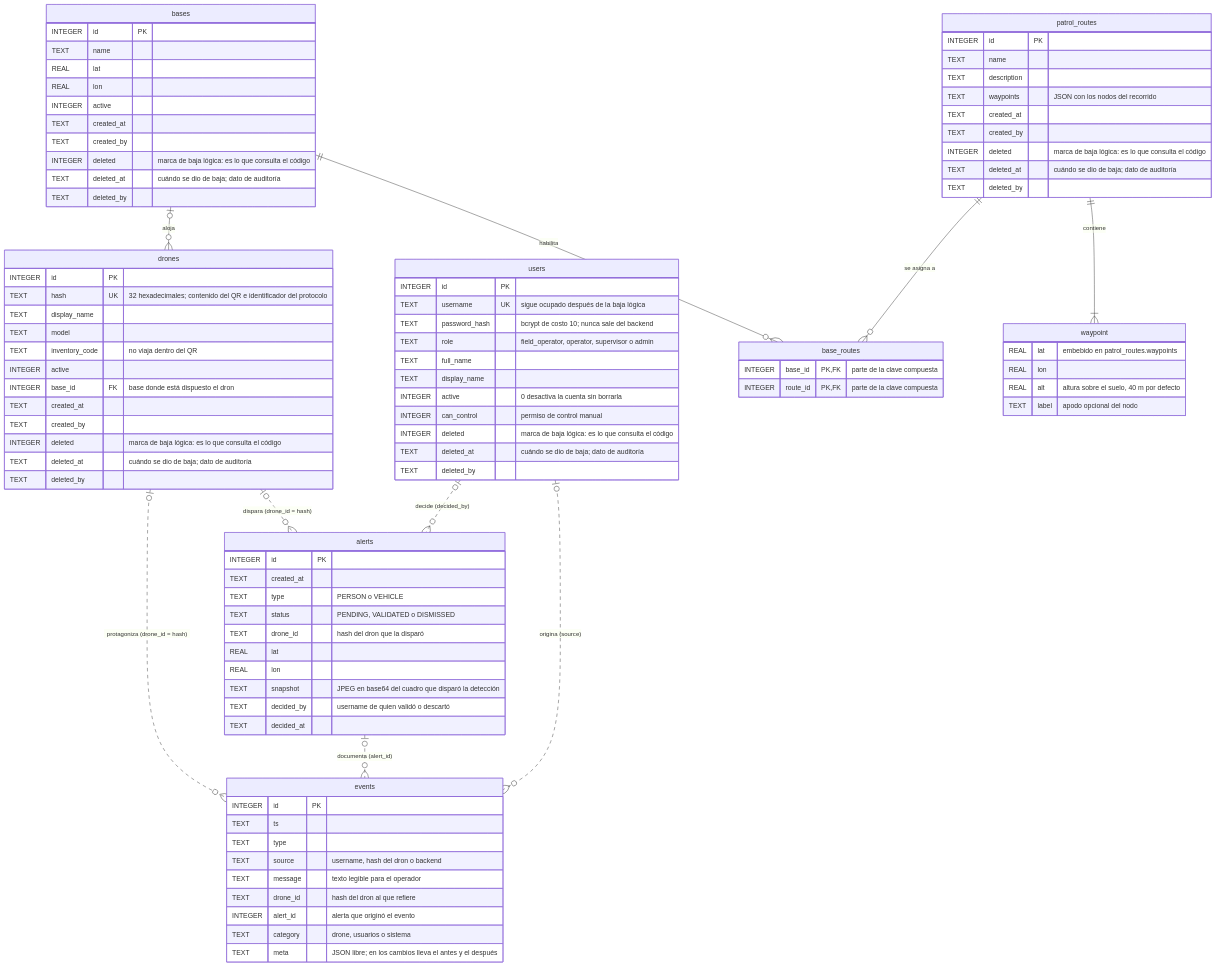
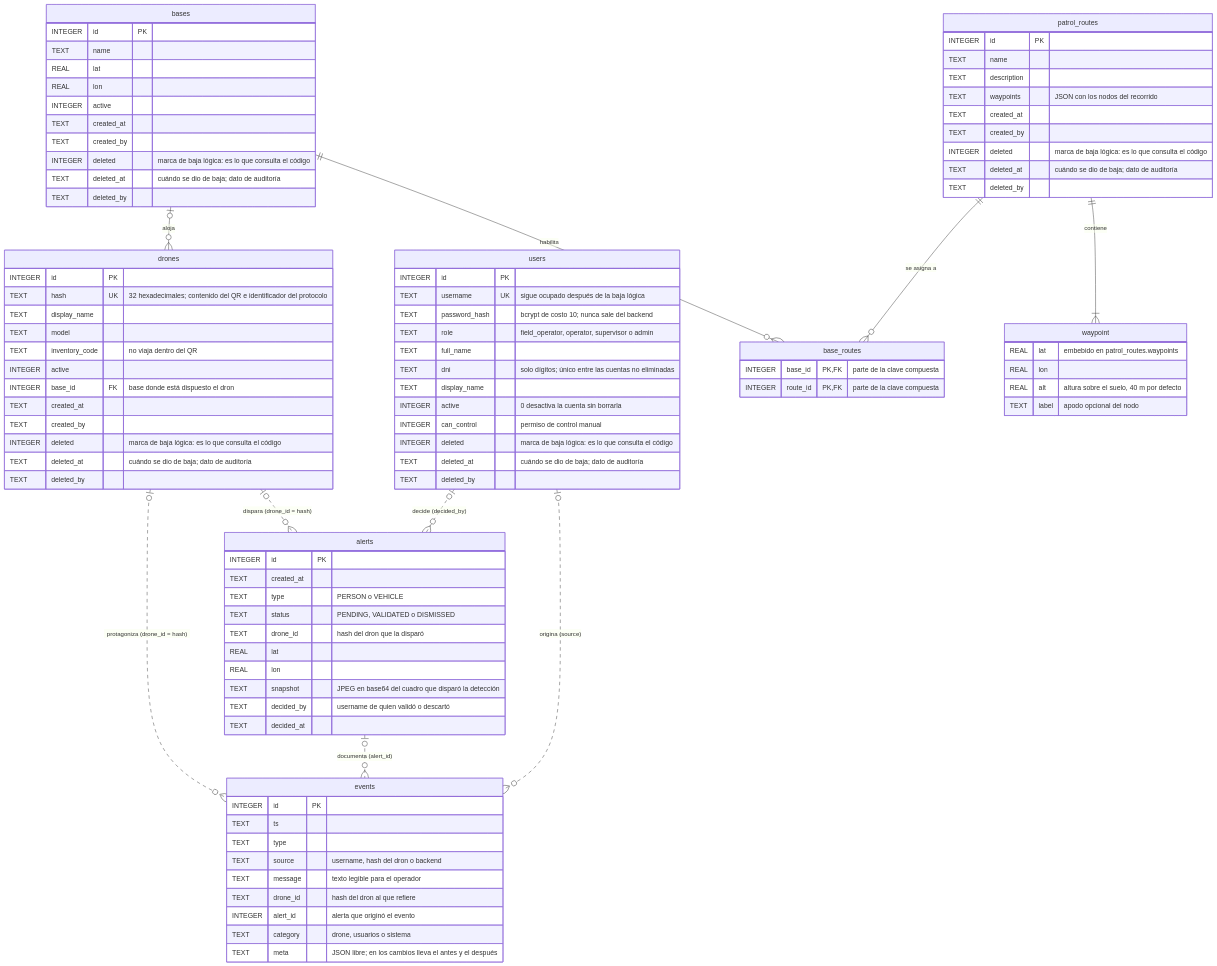
One commit to NikolasBerntsen/Tesis changed the first of 3 diagrams in docs/MODELO-DE-DATOS.md. Above: the diagram before and after it, drawn with Mermaid. The commit also changed 20 other files, not shown here.

```diff
--- a/docs/MODELO-DE-DATOS.md
+++ b/docs/MODELO-DE-DATOS.md
@@ -31,6 +31,7 @@
         TEXT password_hash "bcrypt de costo 10; nunca sale del backend"
         TEXT role "field_operator, operator, supervisor o admin"
         TEXT full_name
+        TEXT dni "solo dígitos; único entre las cuentas no eliminadas"
         TEXT display_name
         INTEGER active "0 desactiva la cuenta sin borrarla"
         INTEGER can_control "permiso de control manual"
```
